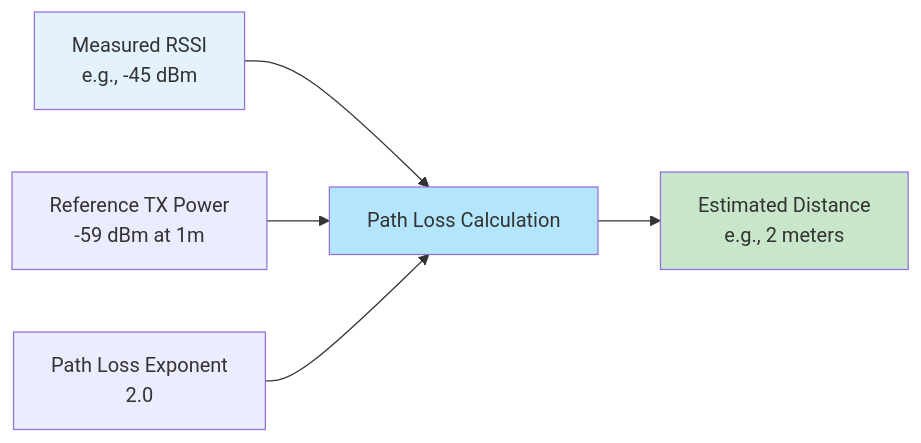
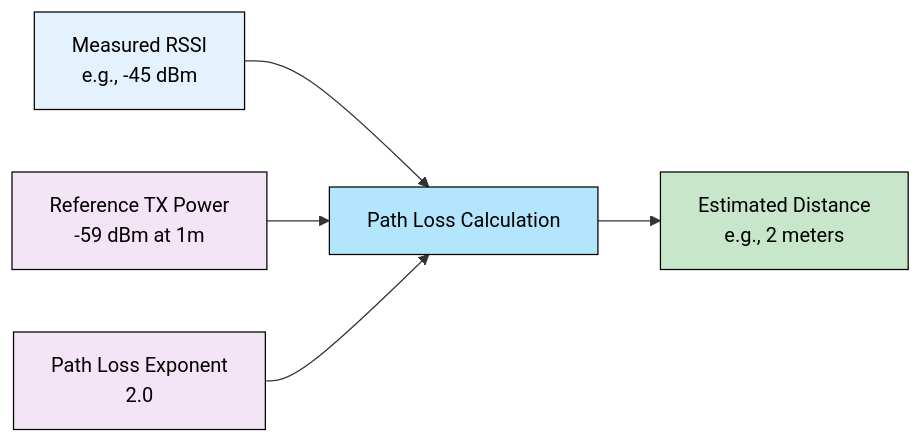
One commit to hiTechTeam/Telescan-iOS changed the ninth of 14 diagrams in TelescaniOS/WHITEPAPER.md. Above: the diagram before and after it, drawn with Mermaid. The commit also changed other lines of this file, not shown here.

````diff
--- a/TelescaniOS/WHITEPAPER.md
+++ b/TelescaniOS/WHITEPAPER.md
@@ -321,12 +336,14 @@
 ```mermaid
 graph LR
     RSSI[Measured RSSI<br/>e.g., -45 dBm] --> CALC[Path Loss Calculation]
     CALC --> DIST[Estimated Distance<br/>e.g., 2 meters]
 
     TX[Reference TX Power<br/>-59 dBm at 1m] --> CALC
     N[Path Loss Exponent<br/>2.0] --> CALC
 
-    style RSSI fill:#e3f2fd
-    style CALC fill:#b3e5fc
-    style DIST fill:#c8e6c9
+    style RSSI fill:#e3f2fd,stroke:#000,color:#000
+    style CALC fill:#b3e5fc,stroke:#000,color:#000
+    style DIST fill:#c8e6c9,stroke:#000,color:#000
+    style TX fill:#f3e5f5,stroke:#000,color:#000
+    style N fill:#f3e5f5,stroke:#000,color:#000
 ```
````
